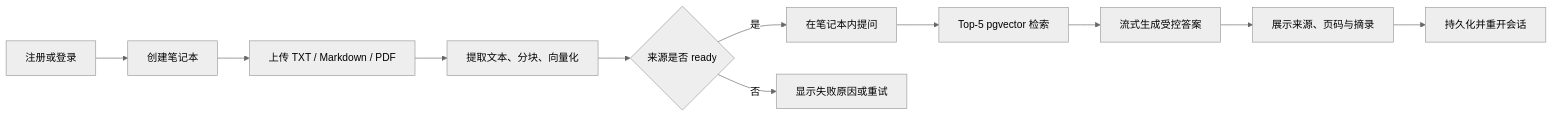
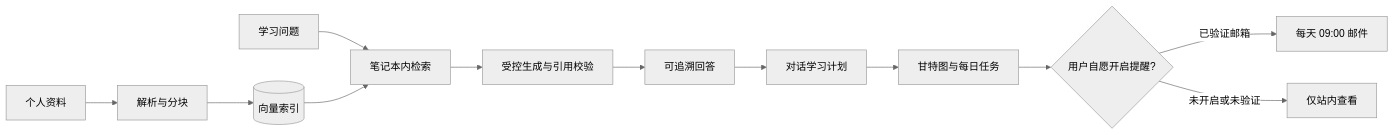
The diagram in README.md (au1bhi/NoteLLM), drawn with Mermaid (neutral theme) before and after one commit. The commit also changed other lines of this file and 45 other files, not shown here.

````diff
--- a/README.md
+++ b/README.md
@@ -129,13 +41,14 @@
 ```mermaid
 flowchart LR
-    A[注册或登录] --> B[创建笔记本]
-    B --> C[上传 TXT / Markdown / PDF]
-    C --> D[提取文本、分块、向量化]
-    D --> E{来源是否 ready}
-    E -->|是| F[在笔记本内提问]
-    E -->|否| G[显示失败原因或重试]
-    F --> H[Top-5 pgvector 检索]
-    H --> I[流式生成受控答案]
-    I --> J[展示来源、页码与摘录]
-    J --> K[持久化并重开会话]
+    A[个人资料] --> B[解析与分块]
+    B --> C[(向量索引)]
+    Q[学习问题] --> D[笔记本内检索]
+    C --> D
+    D --> E[受控生成与引用校验]
+    E --> F[可追溯回答]
+    F --> G[对话学习计划]
+    G --> H[甘特图与每日任务]
+    H --> I{用户自愿开启提醒?}
+    I -->|已验证邮箱| J[每天 09:00 邮件]
+    I -->|未开启或未验证| K[仅站内查看]
 ```
````
